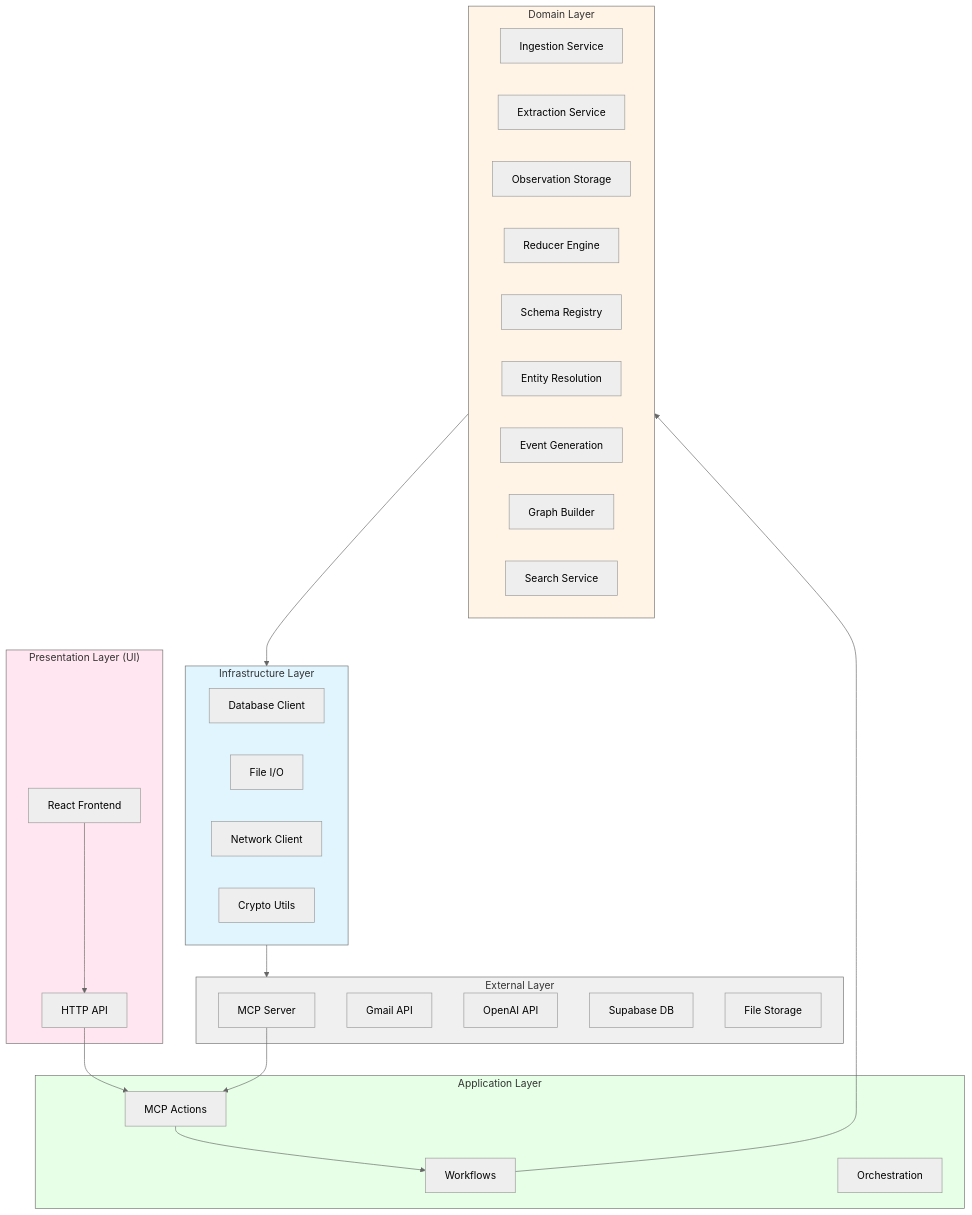
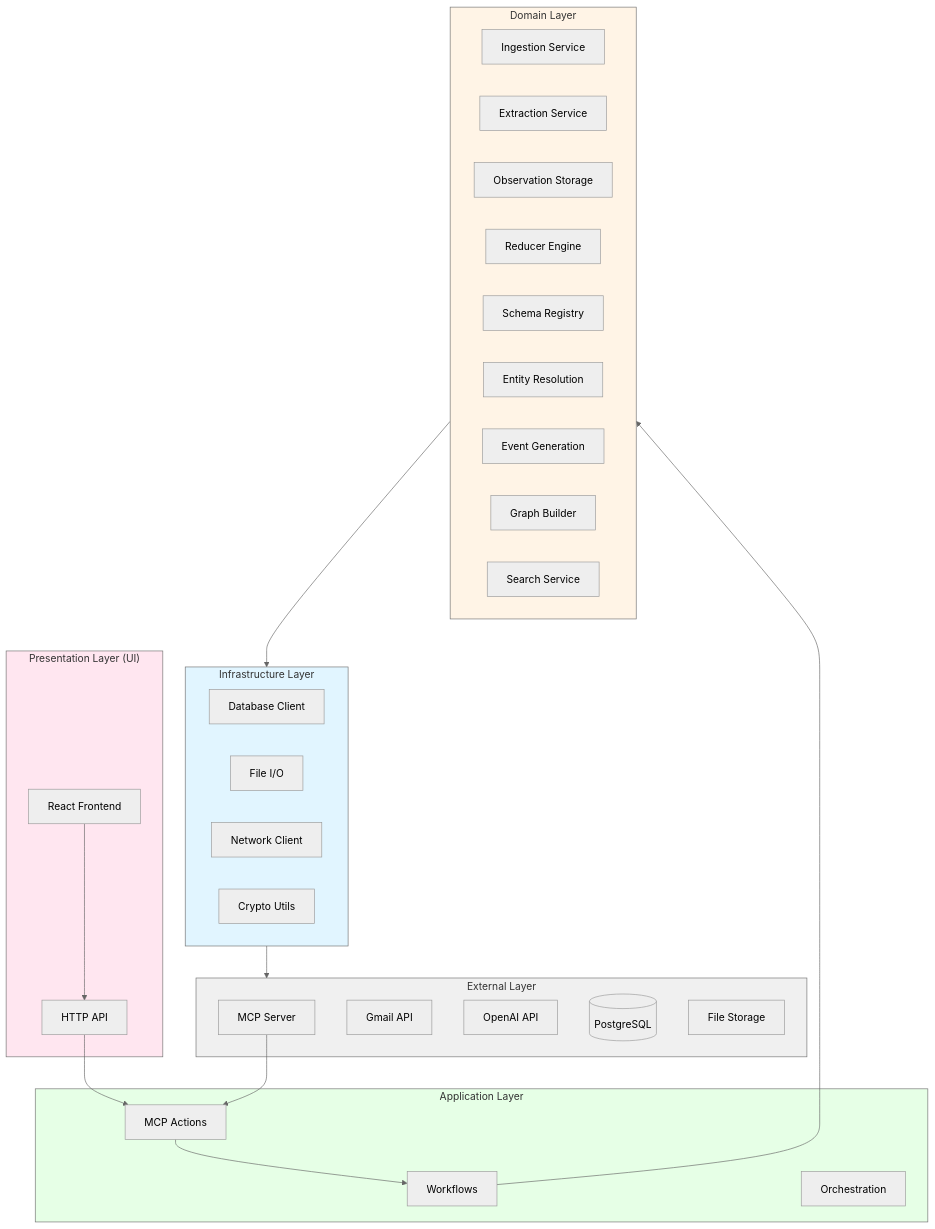
The third of 7 diagrams in docs/architecture/architecture.md (markmhendrickson/neotoma), drawn with Mermaid before and after one commit. The commit also changed other lines of this file and 695 other files, not shown here.

````diff
--- a/docs/architecture/architecture.md
+++ b/docs/architecture/architecture.md
@@ -298,50 +298,50 @@
 ```mermaid
 %%{init: {'theme':'neutral'}}%%
 flowchart TD
     subgraph External["External Layer"]
         MCP[MCP Server]
         Gmail[Gmail API]
         OpenAI[OpenAI API]
-        Supabase[Supabase DB]
+        PG[(PostgreSQL)]
         Storage[File Storage]
     end
     subgraph Infrastructure["Infrastructure Layer"]
         DB[Database Client]
         FileIO[File I/O]
         Network[Network Client]
         Crypto[Crypto Utils]
     end
     subgraph Domain["Domain Layer"]
         Ingestion[Ingestion Service]
         Extraction[Extraction Service]
         ObservationStorage[Observation Storage]
         ReducerEngine[Reducer Engine]
         SchemaRegistry[Schema Registry]
         EntityRes[Entity Resolution]
         EventGen[Event Generation]
         GraphBuilder[Graph Builder]
         SearchSvc[Search Service]
     end
     subgraph Application["Application Layer"]
         Actions[MCP Actions]
         Workflows[Workflows]
         Orchestration[Orchestration]
     end
     subgraph Presentation["Presentation Layer (UI)"]
         Frontend[React Frontend]
         API[HTTP API]
     end
     %% Connections
     Frontend --> API
     API --> Actions
     MCP --> Actions
     Actions --> Workflows
     Workflows --> Domain
     Domain --> Infrastructure
     Infrastructure --> External
     style External fill:#f0f0f0
     style Infrastructure fill:#e1f5ff
     style Domain fill:#fff4e6
     style Application fill:#e6ffe6
     style Presentation fill:#ffe6f0
 ```
````
